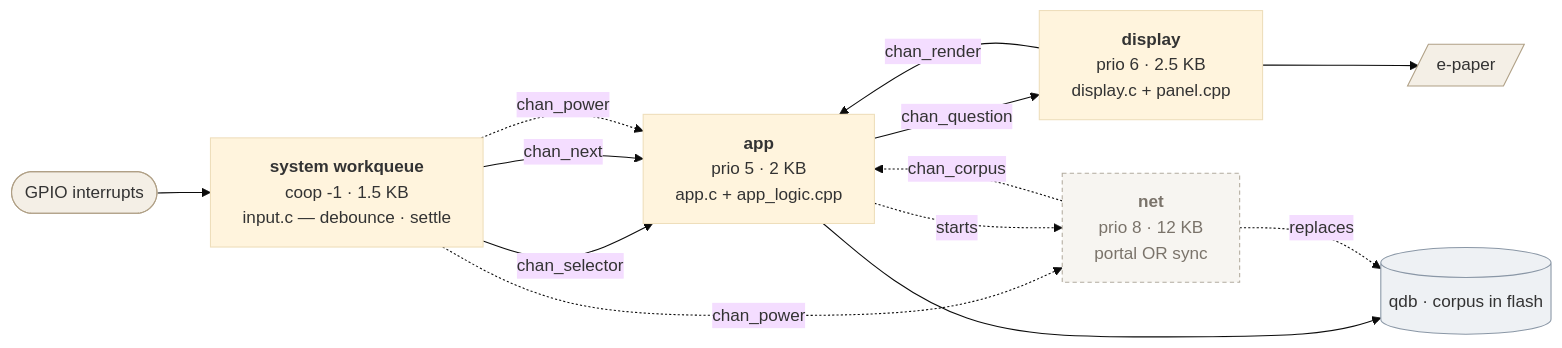
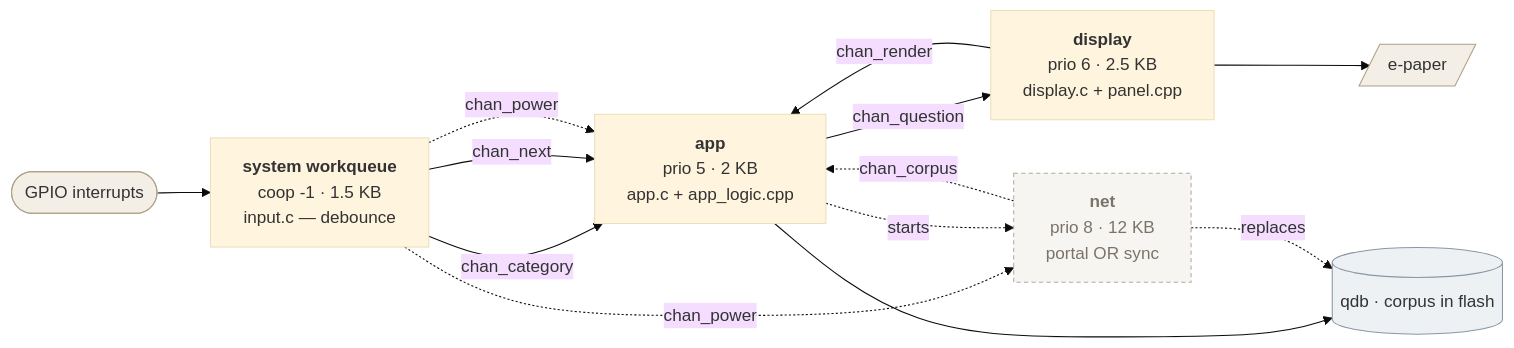
Before and after one commit to giacomomellone/cicala: the first of 12 diagrams in docs/firmware_architecture.md, drawn with Mermaid (base theme). The commit also changed other lines of this file and 26 other files, not shown here.

First line of the commit message:
feat(fw): deep sleep, and a Category button in place of the selector

````diff
--- a/docs/firmware_architecture.md
+++ b/docs/firmware_architecture.md
@@ -40,37 +34,37 @@
 ```mermaid
 flowchart LR
     ISR([GPIO interrupts]):::hw --> WQ
 
     WQ["`**system workqueue**
     coop -1 · 1.5 KB
-    input.c — debounce · settle`"]
+    input.c — debounce`"]
 
     APP["`**app**
     prio 5 · 2 KB
     app.c + app_logic.cpp`"]
 
     DSP["`**display**
     prio 6 · 2.5 KB
     display.c + panel.cpp`"]
 
     NET["`**net**
     prio 8 · 12 KB
     portal OR sync`"]:::todo
 
-    WQ -- chan_selector --> APP
+    WQ -- chan_category --> APP
     WQ -- chan_next --> APP
     WQ -. chan_power .-> APP
     WQ -. chan_power .-> NET
     APP -- chan_question --> DSP
     DSP -- chan_render --> APP
     NET -. chan_corpus .-> APP
     APP -. starts .-> NET
 
     DSP --> PANEL[/e-paper/]:::hw
     APP --> QDB[(qdb · corpus in flash)]:::store
     NET -. replaces .-> QDB
 
     classDef hw fill:#f4efe6,stroke:#b0a086
     classDef store fill:#eef1f4,stroke:#8a97a6
     classDef todo fill:#f7f5f1,stroke:#b3aca0,stroke-dasharray:4 3,color:#7a736a
 ```
````
